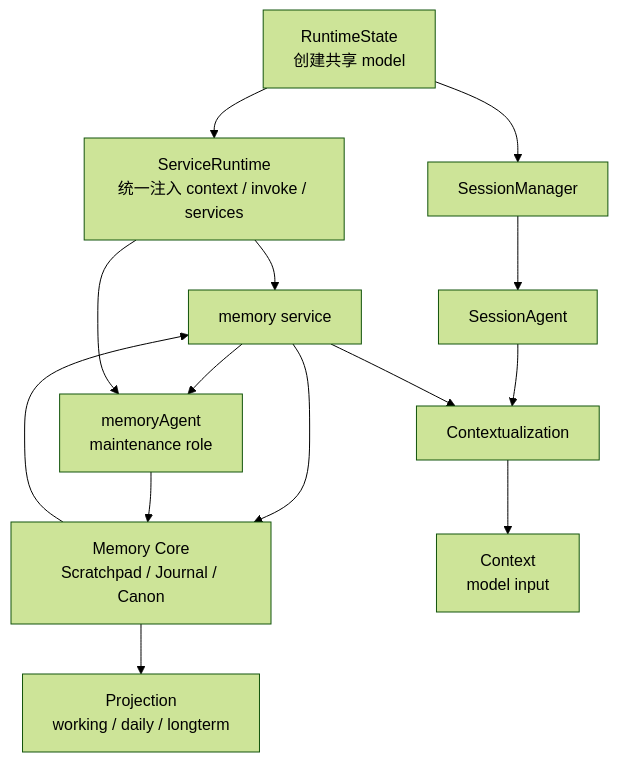
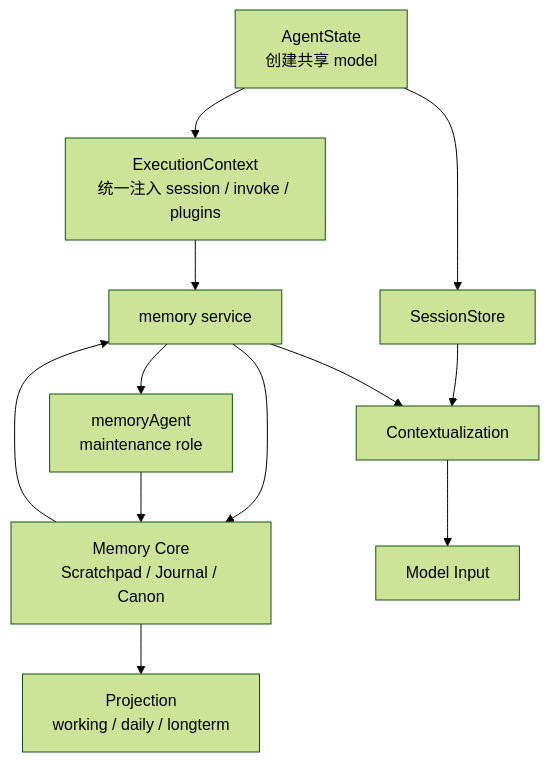
The diagram in homepage/content/devdocs/zh/memory/framework.mdx (wangenius/downcity), drawn with Mermaid (forest theme) before and after one commit. The commit also changed other lines of this file and 37 other files, not shown here.

````diff
--- a/homepage/content/devdocs/zh/memory/framework.mdx
+++ b/homepage/content/devdocs/zh/memory/framework.mdx
@@ -78,27 +66,24 @@
 ```mermaid
 flowchart TD
-  RS["RuntimeState<br/>创建共享 model"]
-  SR["ServiceRuntime<br/>统一注入 context / invoke / services"]
-  SM["SessionManager"]
-  SA["SessionAgent"]
+  AST["AgentState<br/>创建共享 model"]
+  ECTX["ExecutionContext<br/>统一注入 session / invoke / plugins"]
+  SESS["SessionStore"]
   MS["memory service"]
   MA["memoryAgent<br/>maintenance role"]
   CORE["Memory Core<br/>Scratchpad / Journal / Canon"]
   VIEW["Projection<br/>working / daily / longterm"]
-  X["Contextualization"]
-  C["Context<br/>model input"]
+  CTX["Contextualization"]
+  IN["Model Input"]
 
-  RS --> SR
-  RS --> SM
-  SR --> MS
-  SM --> SA
-  SA --> X
-  MS --> X
-  X --> C
+  AST --> ECTX
+  AST --> SESS
+  ECTX --> MS
+  SESS --> CTX
+  MS --> CTX
+  CTX --> IN
   MS --> CORE
   MS --> MA
   MA --> CORE
   CORE --> VIEW
   CORE --> MS
-  SR --> MA
 ```
````
